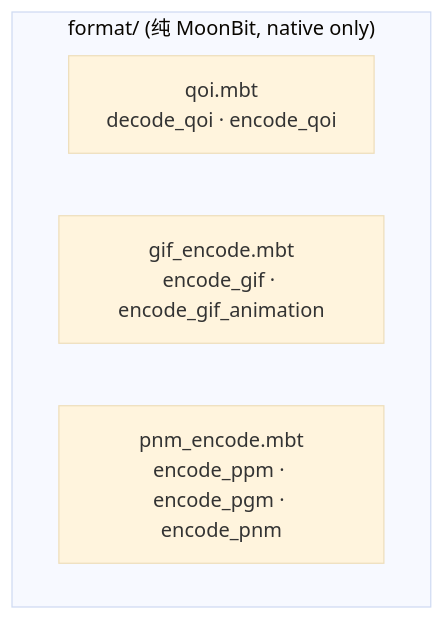
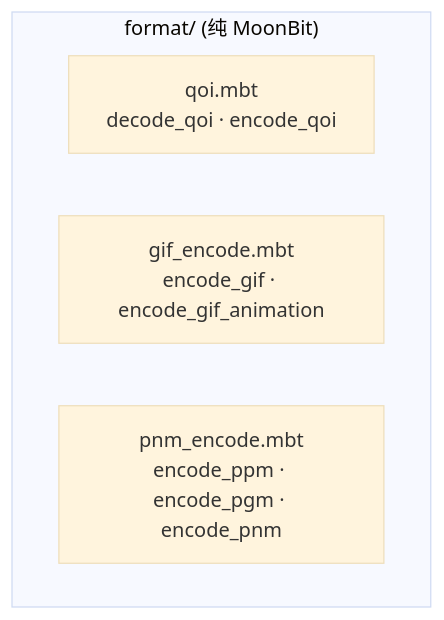
One commit to toadium/stb-image changed the seventh of 14 diagrams in docs/architecture.md. Above: the diagram before and after it, drawn with Mermaid (base theme). The commit also changed other lines of this file and 4 other files, not shown here.

Commit message:
文档: 清理 FFI/native-only 历史残留，更新为纯 MoonBit 全目标描述

````diff
--- a/docs/architecture.md
+++ b/docs/architecture.md
@@ -313,8 +289,8 @@
 ```mermaid
 flowchart TB
-    subgraph FormatPkg["format/ (纯 MoonBit, native only)"]
+    subgraph FormatPkg["format/ (纯 MoonBit)"]
         QOI["qoi.mbt<br/>decode_qoi · encode_qoi"]
         GIF["gif_encode.mbt<br/>encode_gif · encode_gif_animation"]
         PNM["pnm_encode.mbt<br/>encode_ppm · encode_pgm · encode_pnm"]
     end
 ```
````
